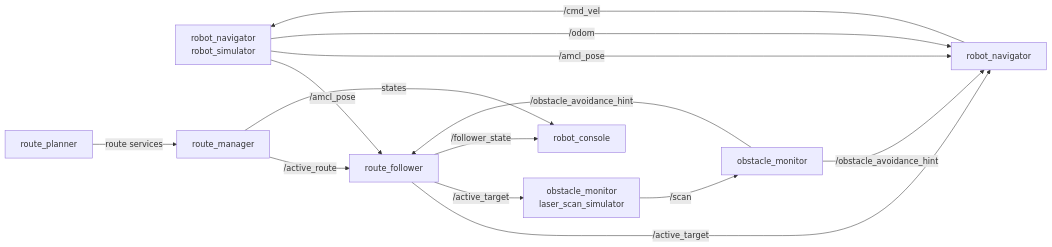
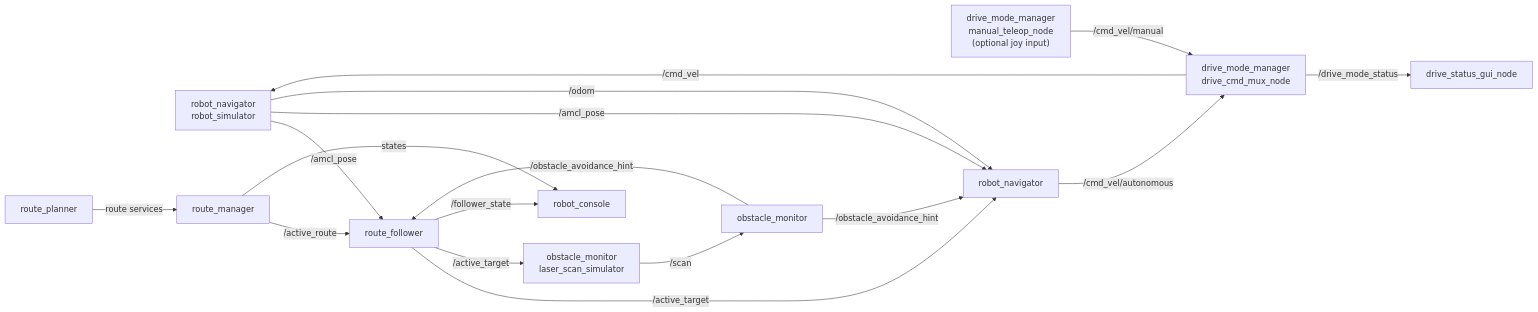
Before and after one commit to kazoga/tc2026: the sixth of 7 diagrams in docs/次期システム_アーキテクチャ検討レポート.md, drawn with Mermaid. The commit also changed other lines of this file and 1 other file, not shown here.

Commit message:
docs: refine drive mode ui design

````diff
--- a/docs/次期システム_アーキテクチャ検討レポート.md
+++ b/docs/次期システム_アーキテクチャ検討レポート.md
@@ -1033,25 +1063,31 @@
 ```mermaid
 flowchart LR
   SIM["robot_navigator<br/>robot_simulator"]
+  MUX["drive_mode_manager<br/>drive_cmd_mux_node"]
+  TELEOP["drive_mode_manager<br/>manual_teleop_node<br/>(optional joy input)"]
+  DRIVE_GUI["drive_status_gui_node"]
   SCAN["obstacle_monitor<br/>laser_scan_simulator"]
   RP["route_planner"]
   RM["route_manager"]
   RF["route_follower"]
   RN["robot_navigator"]
   OM["obstacle_monitor"]
   GUI["robot_console"]
 
-  RN -- "/cmd_vel" --> SIM
+  TELEOP -- "/cmd_vel/manual" --> MUX
+  RN -- "/cmd_vel/autonomous" --> MUX
+  MUX -- "/cmd_vel" --> SIM
+  MUX -- "/drive_mode_status" --> DRIVE_GUI
   SIM -- "/amcl_pose" --> RF
   SIM -- "/amcl_pose" --> RN
   SIM -- "/odom" --> RN
   SCAN -- "/scan" --> OM
   RP -- "route services" --> RM
   RM -- "/active_route" --> RF
   RF -- "/active_target" --> RN
   RF -- "/active_target" --> SCAN
   OM -- "/obstacle_avoidance_hint" --> RF
   OM -- "/obstacle_avoidance_hint" --> RN
   RM -- "states" --> GUI
   RF -- "/follower_state" --> GUI
 ```
````
